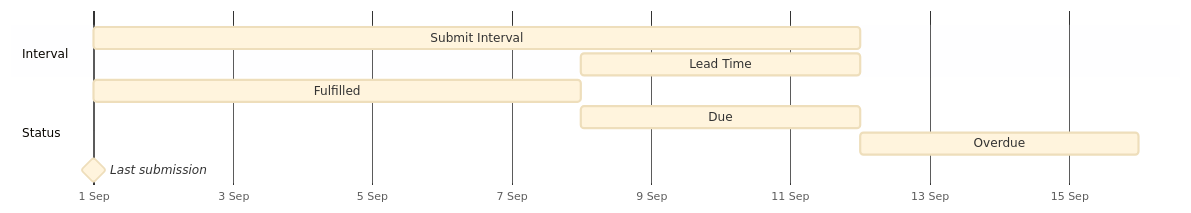
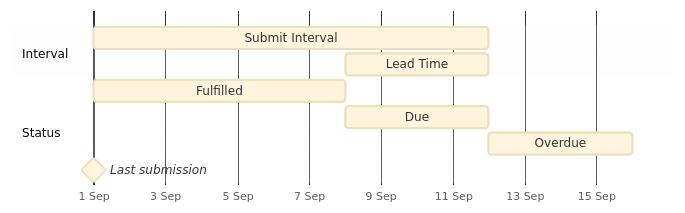
Before and after one commit to opus-safety/opus-knowledge-base: the second of 2 diagrams in docs/drafts/intervals-and-lead-times.md, drawn with Mermaid.

Commit message:
Update intervals and lead times
Published via More Buttons Chrome Extension

````diff
--- a/docs/drafts/intervals-and-lead-times.md
+++ b/docs/drafts/intervals-and-lead-times.md
@@ -50,19 +50,21 @@
 ```mermaid
 ---
 config:
   theme: base
+  gantt:
+    useWidth: 640
   themeCSS: "[id$='-i']{fill:#9ca3af26 !important;stroke:#7d8590 !important;stroke-width:2px;}[id$='-l']{fill:#7d859026 !important;stroke:#57606a !important;stroke-width:2px;}[id$='-s']{fill:#22c55e26 !important;stroke:#16a34a !important;stroke-width:2px;}[id$='-d']{fill:#f59e0b26 !important;stroke:#d97706 !important;stroke-width:2px;}[id$='-o']{fill:#ef444426 !important;stroke:#dc2626 !important;stroke-width:2px;}[id$='-m1']{fill:#57606a !important;stroke:#374151 !important;}.grid .tick line{stroke:none !important;}.grid .tick:first-of-type line{stroke:#9ca3af !important;}.grid .tick text{display:none;}.sectionTitle{display:none;}"
 ---
 gantt
   dateFormat YYYY-MM-DD
   axisFormat %e %b
   todayMarker off
   section Interval
     Submit Interval : i, 2026-09-01, 11d
     Lead Time : l, 2026-09-08, 4d
   section Status
     Fulfilled : s, 2026-09-01, 7d
     Due : d, 2026-09-08, 4d
     Overdue : o, 2026-09-12, 4d
     Last submission : milestone, m1, 2026-09-01, 0d
 ```
````
